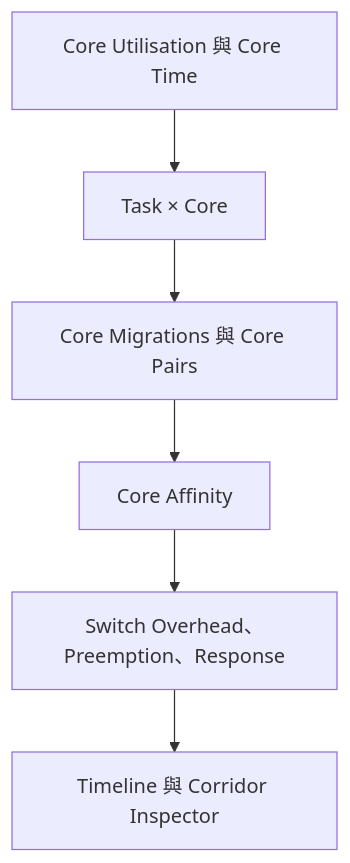
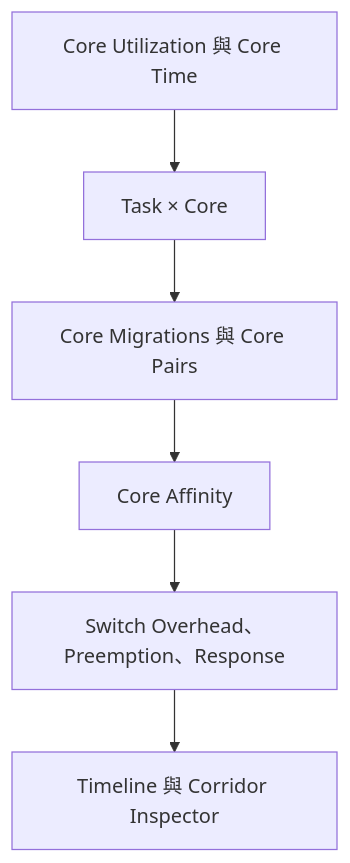
The third of 6 diagrams in BTFViewer/WORKFLOWS_zh-TW.md (kuopinghsu/FreeRTOS-BTF-Trace), drawn with Mermaid before and after one commit. The commit also changed other lines of this file and 108 other files, not shown here.

First line of the commit message:
fix(docs): standardize terminology for core utilization in documentation

````diff
--- a/BTFViewer/WORKFLOWS_zh-TW.md
+++ b/BTFViewer/WORKFLOWS_zh-TW.md
@@ -346,8 +346,8 @@
 ```mermaid
 flowchart TD
-  load["Core Utilisation 與 Core Time"] --> placement["Task × Core"]
+  load["Core Utilization 與 Core Time"] --> placement["Task × Core"]
   placement --> migration["Core Migrations 與 Core Pairs"]
   migration --> allowed["Core Affinity"]
   allowed --> cost["Switch Overhead、Preemption、Response"]
   cost --> timeline["Timeline 與 Corridor Inspector"]
 ```
````
